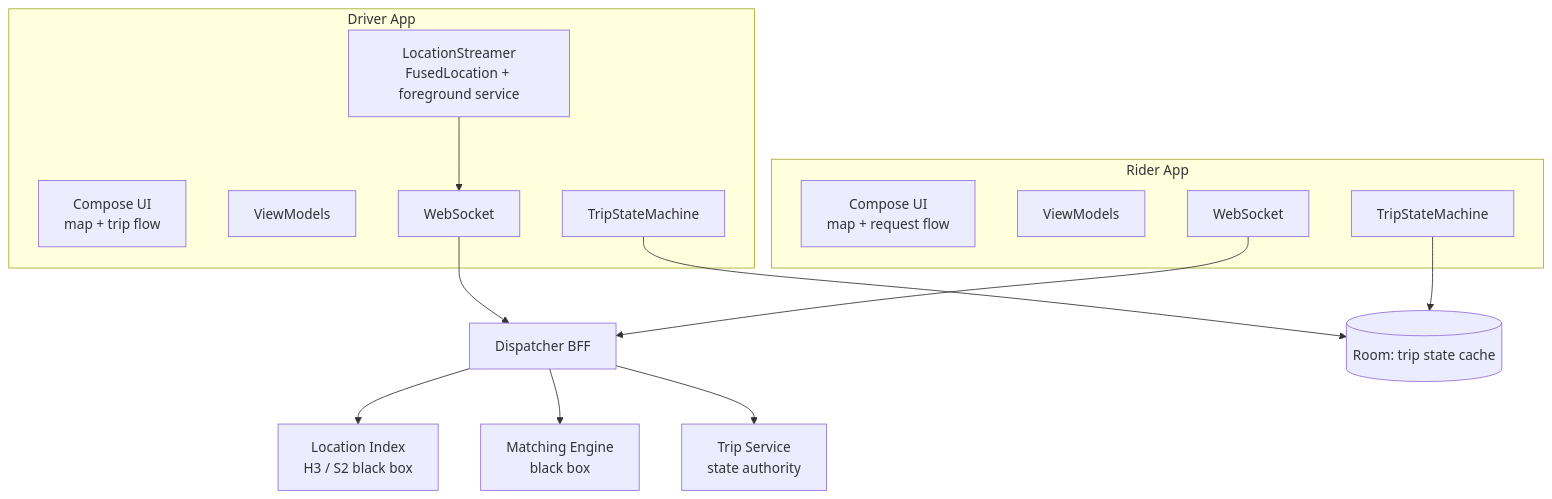
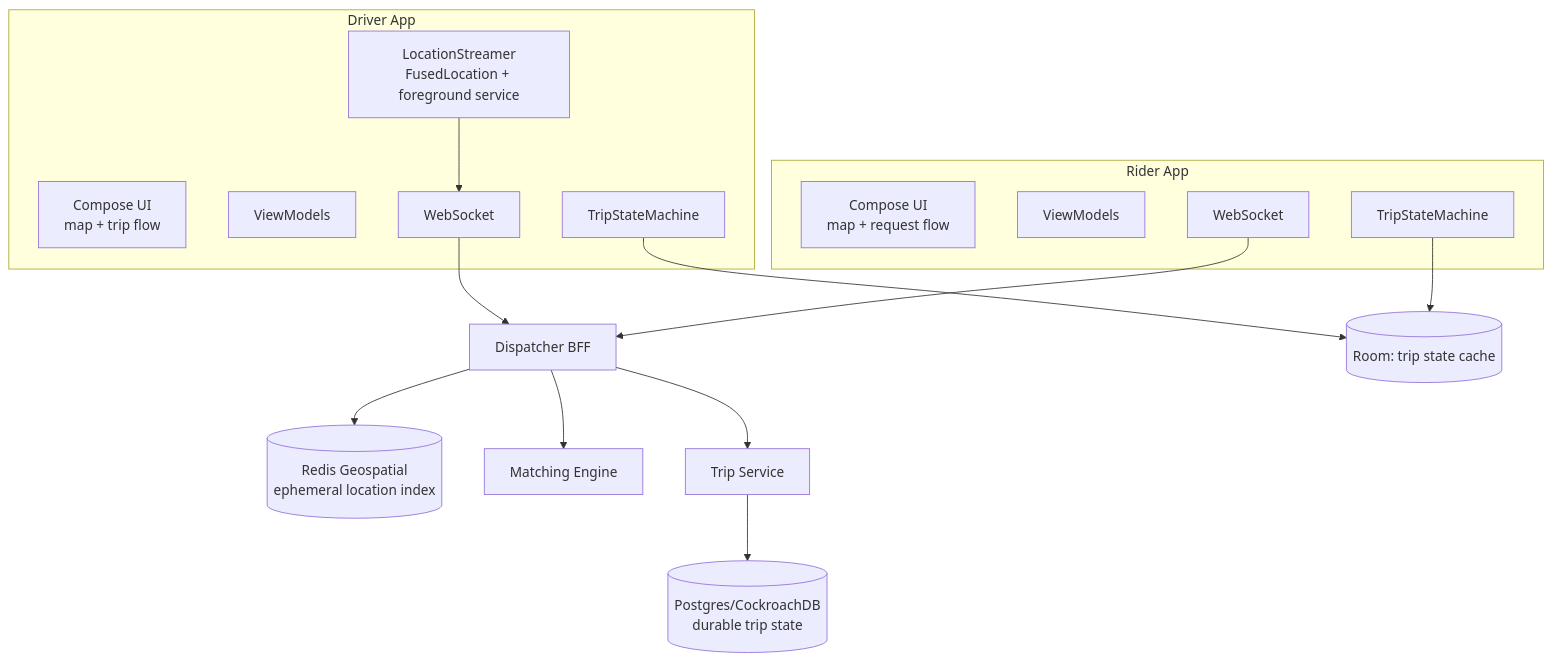
Before and after one commit to swarnsingh/android-staff-engineer-playbook-website: the first of 4 diagrams in reference-architectures/ride-hailing-app.md, drawn with Mermaid. The commit also changed other lines of this file and 17 other files, not shown here.

````diff
--- a/reference-architectures/ride-hailing-app.md
+++ b/reference-architectures/ride-hailing-app.md
@@ -33,24 +33,25 @@
 ```mermaid
 flowchart TB
     subgraph DriverApp[Driver App]
         DUI["Compose UI<br/>map + trip flow"]
         DVM[ViewModels]
         DLoc["LocationStreamer<br/>FusedLocation + foreground service"]
         DTrip[TripStateMachine]
         DSocket[WebSocket]
     end
     subgraph RiderApp[Rider App]
         RUI["Compose UI<br/>map + request flow"]
         RVM[ViewModels]
         RTrip[TripStateMachine]
         RSocket[WebSocket]
     end
     DLoc --> DSocket
     DSocket --> Dispatcher[Dispatcher BFF]
     RSocket --> Dispatcher
-    Dispatcher --> LocationIdx["Location Index<br/>H3 / S2 black box"]
-    Dispatcher --> Matcher["Matching Engine<br/>black box"]
-    Dispatcher --> TripSvc["Trip Service<br/>state authority"]
+    Dispatcher --> LocationIdx[(Redis Geospatial<br/>ephemeral location index)]
+    Dispatcher --> Matcher[Matching Engine]
+    Dispatcher --> TripSvc[Trip Service]
+    TripSvc --> TripDB[(Postgres/CockroachDB<br/>durable trip state)]
     DTrip --> Room[(Room: trip state cache)]
     RTrip --> Room
 ```
````
